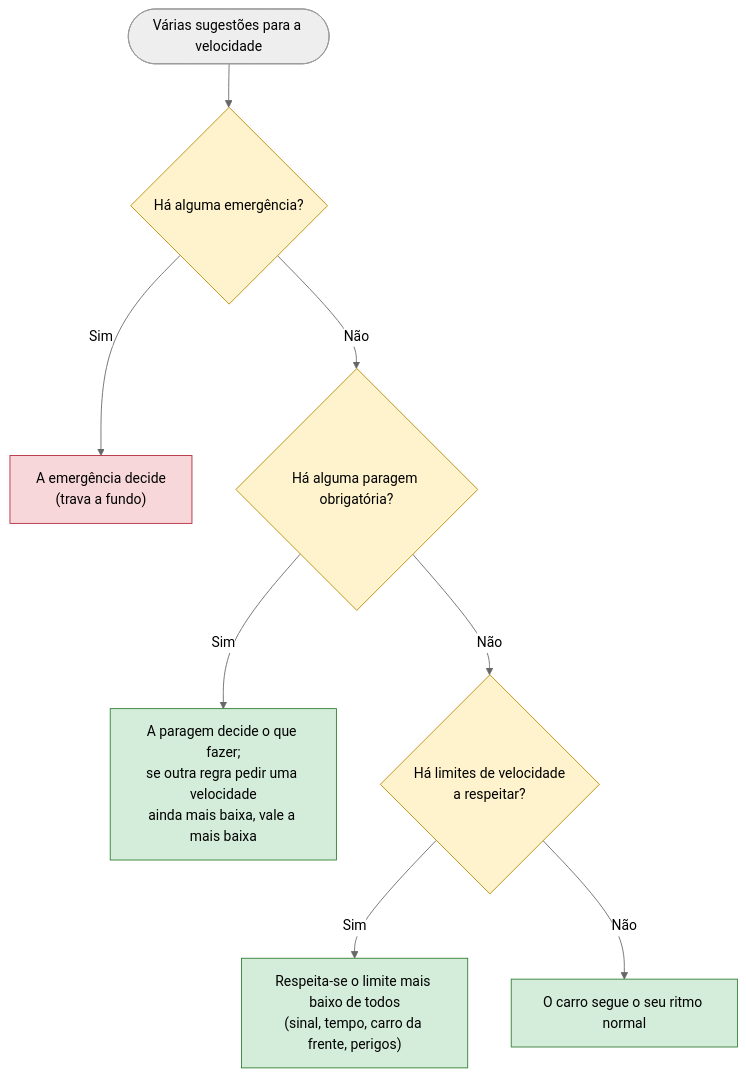
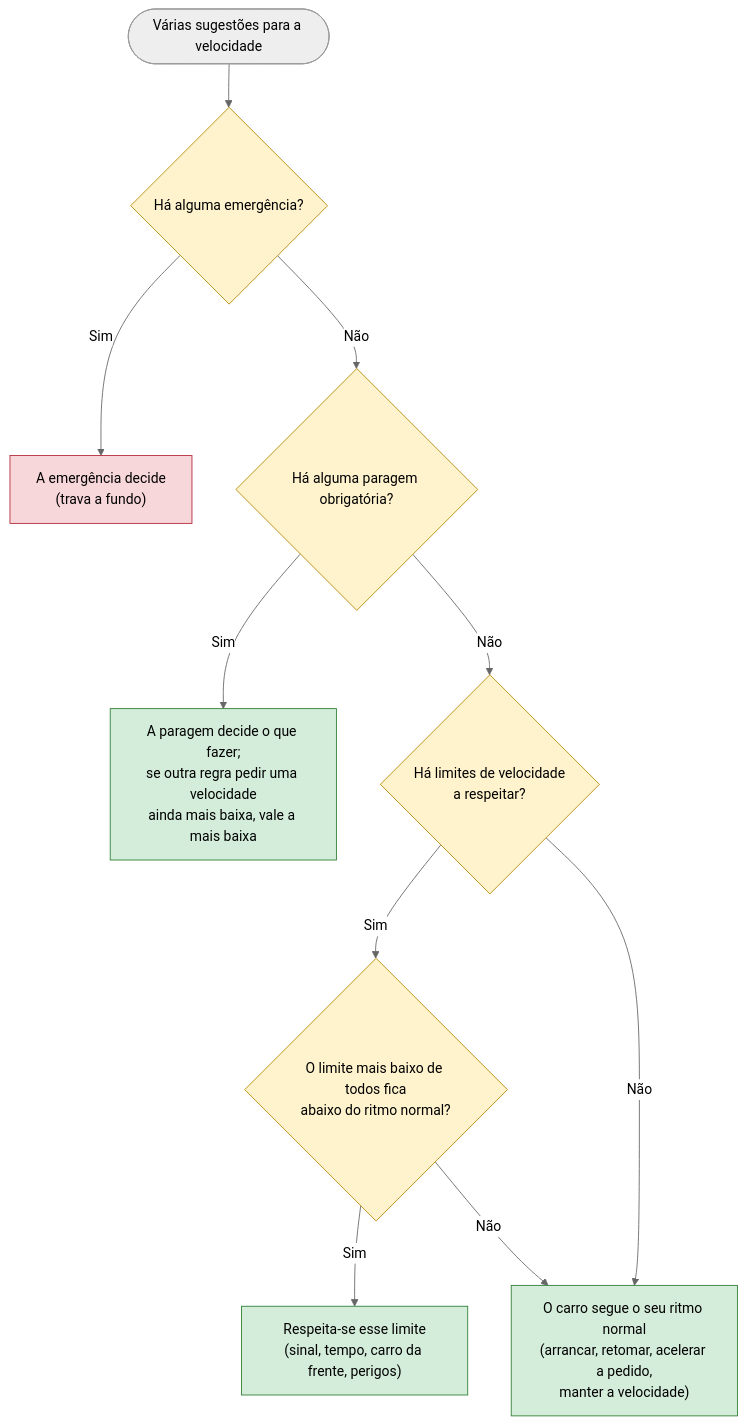
Before and after one commit to 1-2Drive/projeto-1: the third of 3 diagrams in docs/fluxogramas/fluxogramas_apresentar/00-como-o-carro-decide.md, drawn with Mermaid (neutral theme). The commit also changed other lines of this file and 38 other files, not shown here.

````diff
--- a/docs/fluxogramas/fluxogramas_apresentar/00-como-o-carro-decide.md
+++ b/docs/fluxogramas/fluxogramas_apresentar/00-como-o-carro-decide.md
@@ -63,17 +63,19 @@
 ```mermaid
 flowchart TD
     S(["Várias sugestões para a velocidade"]) --> Q1{"Há alguma emergência?"}
     Q1 -- "Sim" --> R1["A emergência decide<br/>(trava a fundo)"]
     Q1 -- "Não" --> Q2{"Há alguma paragem obrigatória?"}
     Q2 -- "Sim" --> R2["A paragem decide o que fazer;<br/>se outra regra pedir uma velocidade<br/>ainda mais baixa, vale a mais baixa"]
     Q2 -- "Não" --> Q3{"Há limites de velocidade<br/>a respeitar?"}
-    Q3 -- "Sim" --> R3["Respeita-se o limite mais baixo de todos<br/>(sinal, tempo, carro da frente, perigos)"]
-    Q3 -- "Não" --> R4["O carro segue o seu ritmo normal"]
+    Q3 -- "Sim" --> Q4{"O limite mais baixo de todos fica<br/>abaixo do ritmo normal?"}
+    Q4 -- "Sim" --> R3["Respeita-se esse limite<br/>(sinal, tempo, carro da frente, perigos)"]
+    Q3 -- "Não" --> R4["O carro segue o seu ritmo normal<br/>(arrancar, retomar, acelerar a pedido,<br/>manter a velocidade)"]
+    Q4 -- "Não" --> R4
 
     classDef dec fill:#fff3cd,stroke:#b58900,color:#000
     classDef acao fill:#d4edda,stroke:#2e7d32,color:#000
     classDef forte fill:#f8d7da,stroke:#b02a37,color:#000
-    class Q1,Q2,Q3 dec
+    class Q1,Q2,Q3,Q4 dec
     class R2,R3,R4 acao
     class R1 forte
 ```
````
